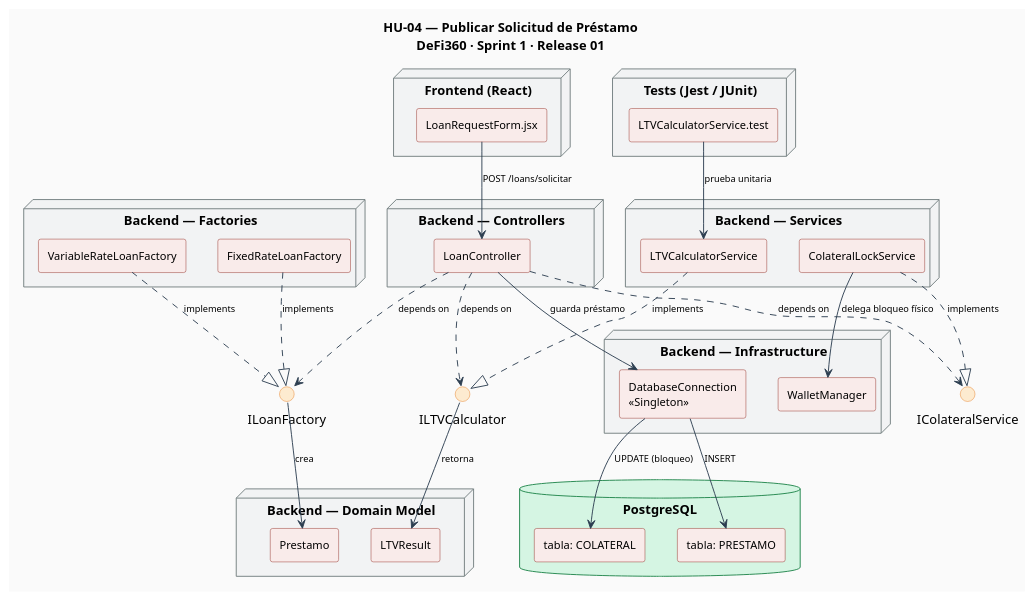
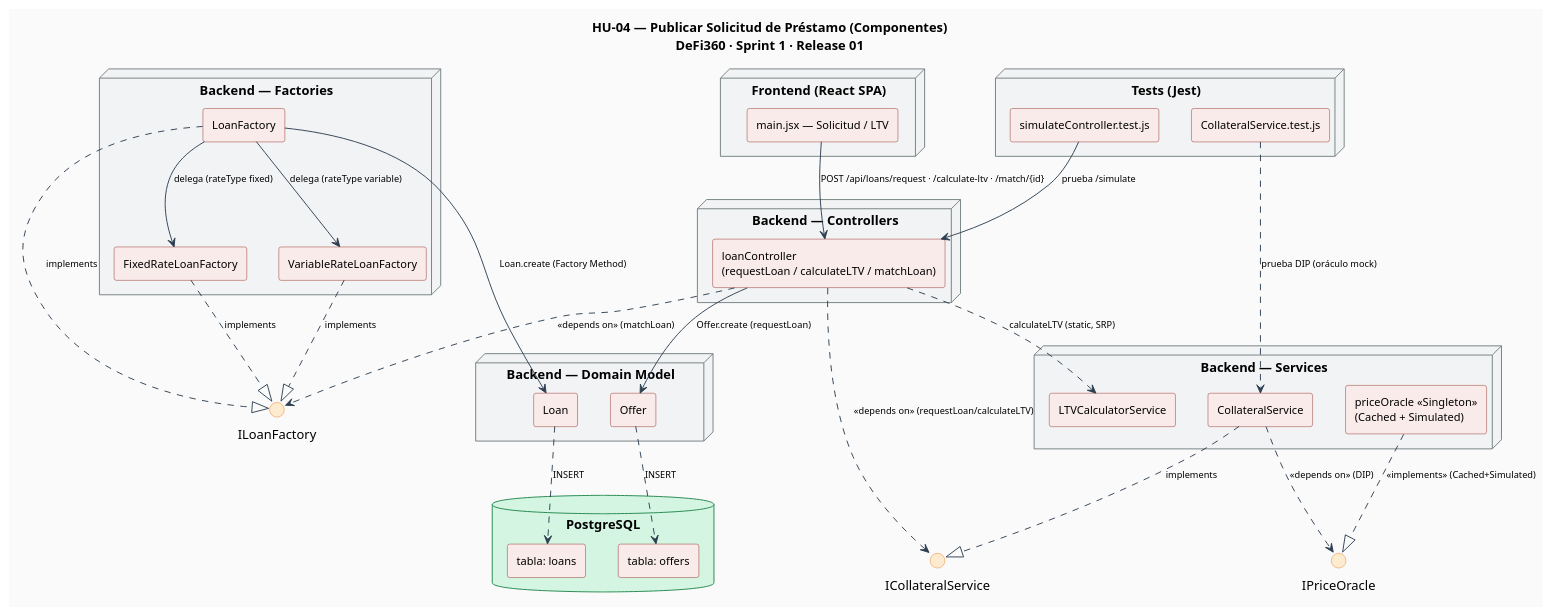
Before and after one commit to Brando-01/Software2: the diagram in Diagramas/Diagrama Componentes HU-04_Publicar_Solicitud_Prestamo.puml, drawn with PlantUML. The commit also changed 24 other files, not shown here.

Commit message:
docs(diagramas): diagramas UML Release 01 y Release 02 (general y por HU)

```diff
--- a/Diagramas/Diagrama Componentes HU-04_Publicar_Solicitud_Prestamo.puml
+++ b/Diagramas/Diagrama Componentes HU-04_Publicar_Solicitud_Prestamo.puml
@@ -1,109 +1,99 @@
 @startuml HU-04_Publicar_Solicitud_Prestamo
-title HU-04 — Publicar Solicitud de Préstamo\nDeFi360 · Sprint 1 · Release 01
+title HU-04 — Publicar Solicitud de Préstamo (Componentes)\nDeFi360 · Sprint 1 · Release 01
 
 skinparam componentStyle rectangle
 skinparam backgroundColor #FAFAFA
 skinparam component {
   BackgroundColor #F9EBEA
   BorderColor #922B21
   FontSize 12
 }
 skinparam interface {
   BackgroundColor #FDEBD0
   BorderColor #E67E22
 }
 skinparam node {
   BackgroundColor #F2F3F4
   BorderColor #717D7E
 }
 skinparam database {
   BackgroundColor #D5F5E3
   BorderColor #1E8449
 }
 skinparam arrow {
   Color #2C3E50
   FontSize 10
 }
 
-' ─── FRONTEND ──────────────────────────────────────────────────
-node "Frontend (React)" {
-  [LoanRequestForm.jsx] as LoanForm
-  
+' ─── FRONTEND ───────────────────────────────────────────────────
+node "Frontend (React SPA)" {
+  [main.jsx — Solicitud / LTV] as LoanForm
 }
 
-' ─── CONTROLADOR ───────────────────────────────────────────────
+' ─── CONTROLADOR ────────────────────────────────────────────────
 node "Backend — Controllers" {
-  [LoanController] as LoanCtrl
-  
+  [loanController\n(requestLoan / calculateLTV / matchLoan)] as LoanCtrl
 }
 
-' ─── INTERFACES (DIP) ──────────────────────────────────────────
+' ─── INTERFACES (DIP) ───────────────────────────────────────────
+interface "IPriceOracle" as IOracle
+interface "ICollateralService" as IColat
 interface "ILoanFactory" as ILoanFact
-interface "IColateralService" as IColat
-interface "ILTVCalculator" as ILTV
 
+' ─── SERVICIOS ──────────────────────────────────────────────────
+node "Backend — Services" {
+  [CollateralService] as ColSvc
+  [LTVCalculatorService] as LTVSvc
+  [priceOracle «Singleton»\n(Cached + Simulated)] as Oracle
+}
 
-
-
-' ─── IMPLEMENTACIONES FACTORY ──────────────────────────────────
+' ─── FACTORIES (Factory Method) ─────────────────────────────────
 node "Backend — Factories" {
+  [LoanFactory] as LoanFact
   [FixedRateLoanFactory] as FixedFact
   [VariableRateLoanFactory] as VarFact
-  
 }
 
-' ─── SERVICIO COLATERAL ────────────────────────────────────────
-node "Backend — Services" {
-  [ColateralLockService] as ColSvc
-  [LTVCalculatorService] as LTVSvc
-  
+' ─── MODELO ─────────────────────────────────────────────────────
+node "Backend — Domain Model" {
+  [Offer] as OfferModel
+  [Loan] as LoanModel
 }
 
-' ─── MODELO / ENTIDAD ──────────────────────────────────────────
-node "Backend — Domain Model" {
-  [Prestamo] as PrestamoModel
-  [LTVResult] as LTVRes
-  
+database "PostgreSQL" as PG {
+  [tabla: offers] as TblOffers
+  [tabla: loans] as TblLoans
 }
 
-' ─── INFRAESTRUCTURA ───────────────────────────────────────────
-node "Backend — Infrastructure" {
-  [WalletManager] as WalletMgr
-  [DatabaseConnection\n«Singleton»] as DBConn
+' ─── PRUEBAS ────────────────────────────────────────────────────
+node "Tests (Jest)" {
+  [CollateralService.test.js] as ColTest
+  [simulateController.test.js] as SimTest
 }
 
-' ─── BASE DE DATOS ─────────────────────────────────────────────
-database "PostgreSQL" as PG {
-  [tabla: PRESTAMO] as TblPrestamo
-  [tabla: COLATERAL] as TblColateral
-}
+' ─── RELACIONES ─────────────────────────────────────────────────
+LoanForm   --> LoanCtrl   : POST /api/loans/request · /calculate-ltv · /match/{id}
 
-' ─── PRUEBAS ───────────────────────────────────────────────────
-node "Tests (Jest / JUnit)" {
-  [LTVCalculatorService.test] as LTVTest
-  
-}
+LoanCtrl   ..> IColat     : «depends on» (requestLoan/calculateLTV)
+LoanCtrl   ..> ILoanFact  : «depends on» (matchLoan)
+LoanCtrl   ..> LTVSvc     : calculateLTV (static, SRP)
 
-' ─── RELACIONES ────────────────────────────────────────────────
-LoanForm      --> LoanCtrl          : POST /loans/solicitar
+ColSvc     ..|> IColat    : «implements»
+ColSvc     ..> IOracle    : «depends on» (DIP)
+Oracle     ..|> IOracle   : «implements» (Cached+Simulated)
 
-LoanCtrl      ..> ILoanFact         : «depends on»
-LoanCtrl      ..> IColat            : «depends on»
-LoanCtrl      ..> ILTV              : «depends on»
+LoanFact   ..|> ILoanFact : «implements»
+FixedFact  ..|> ILoanFact : «implements»
+VarFact    ..|> ILoanFact : «implements»
+LoanFact   --> FixedFact  : delega (rateType fixed)
+LoanFact   --> VarFact    : delega (rateType variable)
 
-FixedFact     ..|> ILoanFact        : «implements»
-VarFact       ..|> ILoanFact        : «implements»
-ColSvc        ..|> IColat           : «implements»
-LTVSvc        ..|> ILTV             : «implements»
+LoanCtrl   --> OfferModel : Offer.create (requestLoan)
+LoanFact   --> LoanModel  : Loan.create (Factory Method)
+OfferModel ..> TblOffers  : INSERT
+LoanModel  ..> TblLoans   : INSERT
 
-ILoanFact     --> PrestamoModel     : crea
-ILTV          --> LTVRes            : retorna
-ColSvc        --> WalletMgr         : delega bloqueo físico
-LoanCtrl      --> DBConn            : guarda préstamo
-
-DBConn        --> TblPrestamo       : INSERT
-DBConn        --> TblColateral      : UPDATE (bloqueo)
-
-LTVTest       --> LTVSvc            : prueba unitaria
+ColTest    ..> ColSvc     : prueba DIP (oráculo mock)
+SimTest    --> LoanCtrl   : prueba /simulate
 
 @enduml
```
